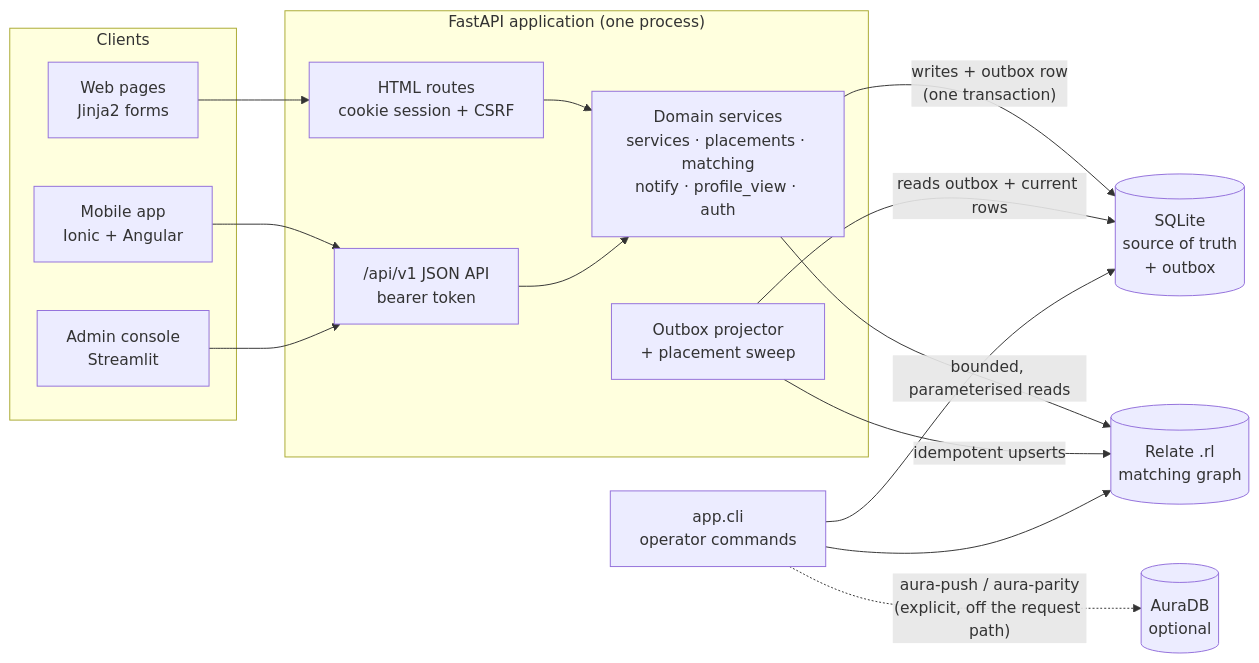
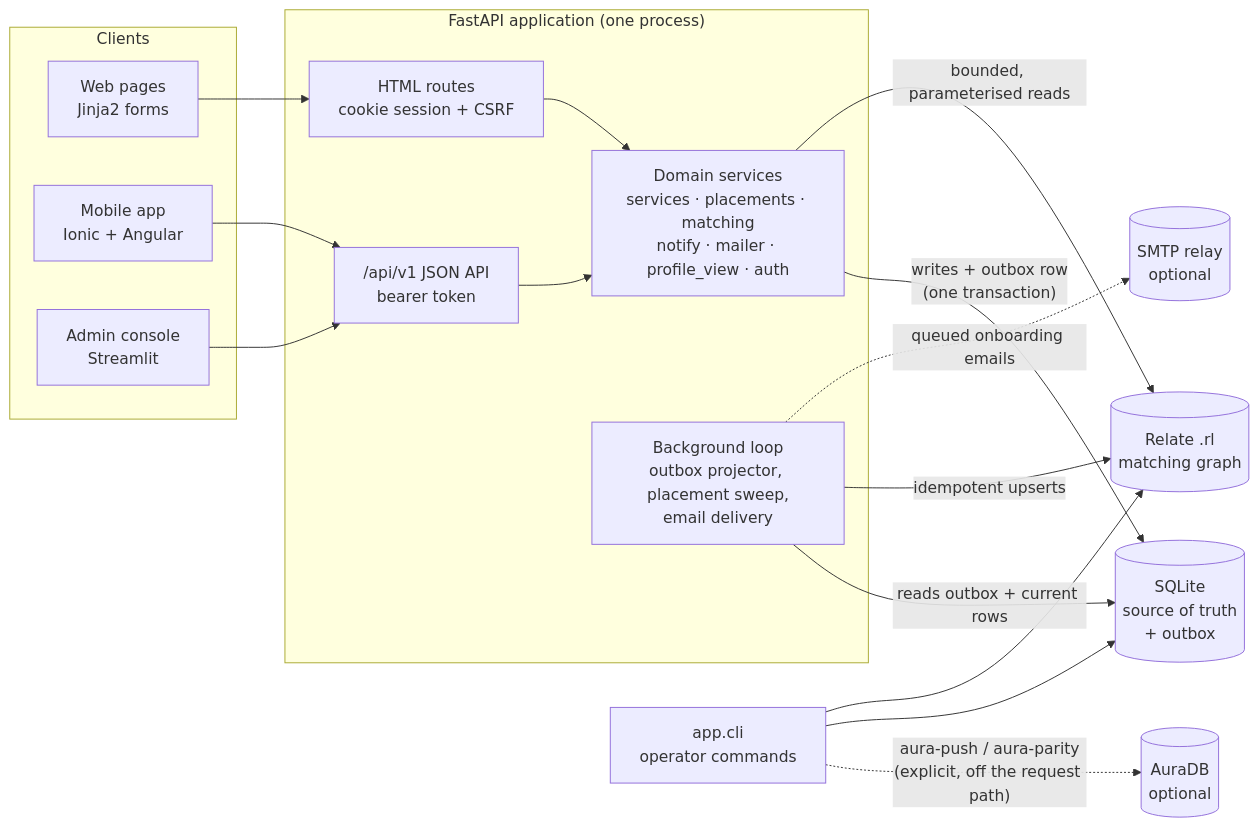
The first of 13 diagrams in docs/content/project/solution-architecture.md (TheCyberScallywag/hackEntry), drawn with Mermaid before and after one commit. The commit also changed other lines of this file and 48 other files, not shown here.

````diff
--- a/docs/content/project/solution-architecture.md
+++ b/docs/content/project/solution-architecture.md
@@ -60,33 +62,35 @@
 ```mermaid
 flowchart LR
   subgraph Clients
     W["Web pages<br/>Jinja2 forms"]
     M["Mobile app<br/>Ionic + Angular"]
     A["Admin console<br/>Streamlit"]
   end
 
   subgraph Server["FastAPI application (one process)"]
     HTML["HTML routes<br/>cookie session + CSRF"]
     API["/api/v1 JSON API<br/>bearer token"]
-    SVC["Domain services<br/>services · placements · matching<br/>notify · profile_view · auth"]
-    PROJ["Outbox projector<br/>+ placement sweep"]
+    SVC["Domain services<br/>services · placements · matching<br/>notify · mailer · profile_view · auth"]
+    PROJ["Background loop<br/>outbox projector, placement sweep,<br/>email delivery"]
   end
 
   SQL[("SQLite<br/>source of truth<br/>+ outbox")]
   REL[("Relate .rl<br/>matching graph")]
   AURA[("AuraDB<br/>optional")]
+  SMTP[("SMTP relay<br/>optional")]
   CLI["app.cli<br/>operator commands"]
 
   W --> HTML
   M --> API
   A --> API
   HTML --> SVC
   API --> SVC
   SVC -- "writes + outbox row<br/>(one transaction)" --> SQL
   SVC -- "bounded, parameterised reads" --> REL
   PROJ -- "reads outbox + current rows" --> SQL
   PROJ -- "idempotent upserts" --> REL
+  PROJ -. "queued onboarding emails" .-> SMTP
   CLI -. "aura-push / aura-parity<br/>(explicit, off the request path)" .-> AURA
   CLI --> SQL
   CLI --> REL
 ```
````
